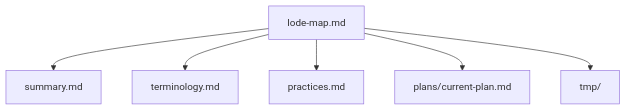
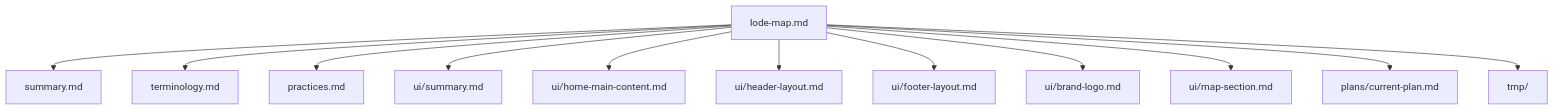
Before and after one commit to ipavic933-spec/website-pavic: the diagram in lode/lode-map.md, drawn with Mermaid. The commit also changed other lines of this file and 22 other files, not shown here.

````diff
--- a/lode/lode-map.md
+++ b/lode/lode-map.md
@@ -16,8 +24,14 @@
 ```mermaid
 graph TD
   LodeMap["lode-map.md"] --> Summary["summary.md"]
   LodeMap --> Terminology["terminology.md"]
   LodeMap --> Practices["practices.md"]
+  LodeMap --> UiSummary["ui/summary.md"]
+  LodeMap --> UiHomeMain["ui/home-main-content.md"]
+  LodeMap --> UiHeader["ui/header-layout.md"]
+  LodeMap --> UiFooter["ui/footer-layout.md"]
+  LodeMap --> UiBrandLogo["ui/brand-logo.md"]
+  LodeMap --> UiMap["ui/map-section.md"]
   LodeMap --> Plans["plans/current-plan.md"]
   LodeMap --> Tmp["tmp/"]
 ```
````
